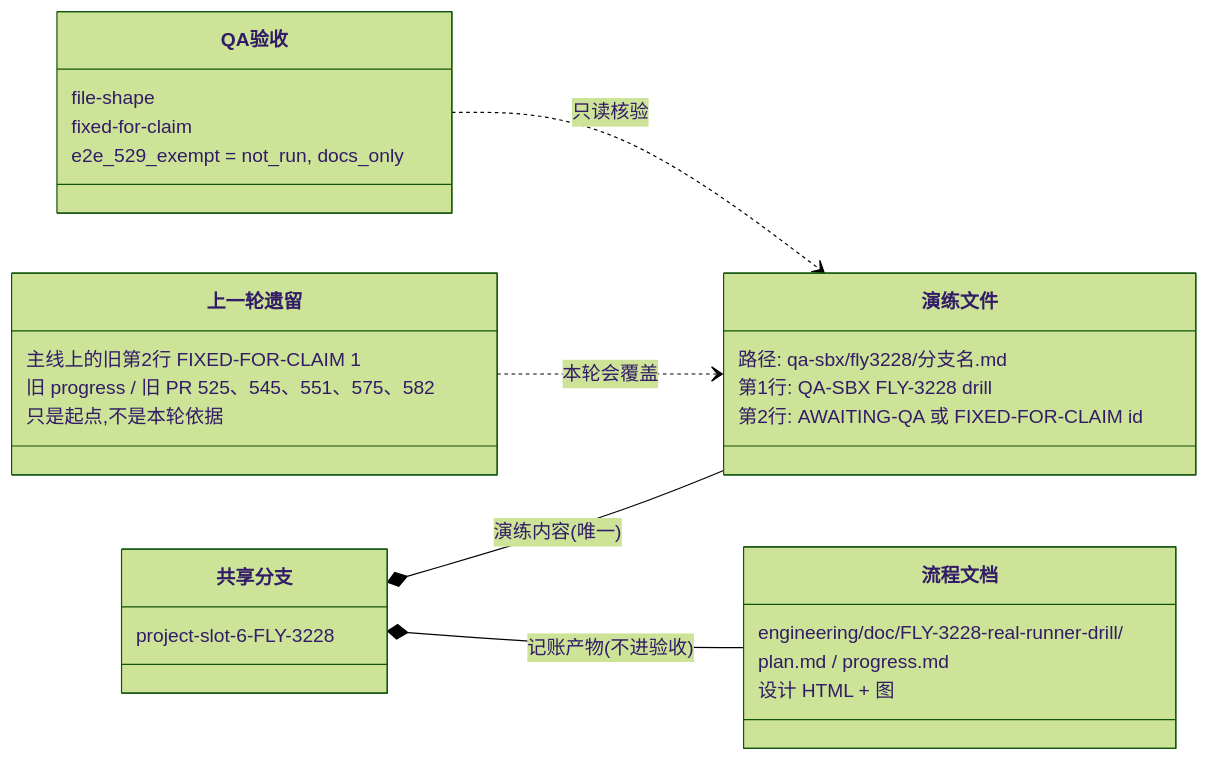
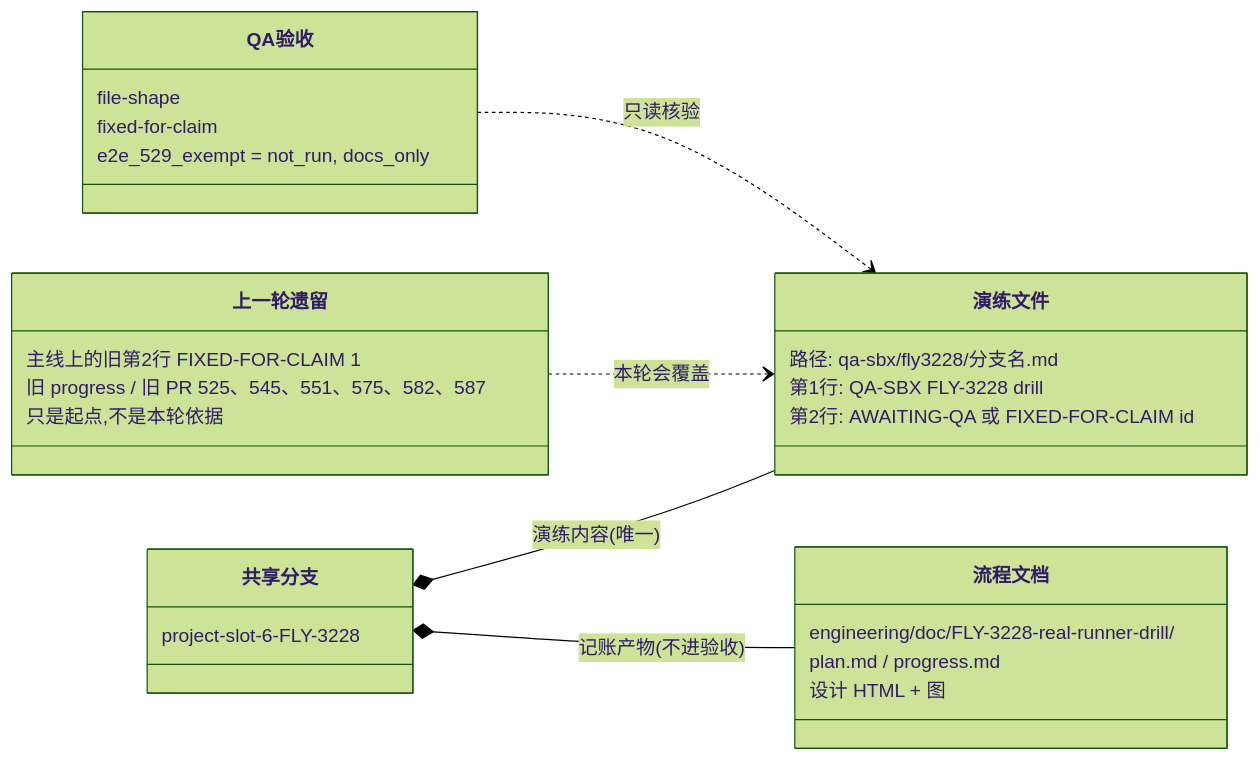
One commit to xrliAnnie/flywheel-qa-sandbox changed the diagram in engineering/doc/FLY-3228-real-runner-drill/d2-data-model.mmd. Above: the diagram before and after it, drawn with Mermaid (forest theme). The commit also changed 4 other files, not shown here.

```diff
--- a/engineering/doc/FLY-3228-real-runner-drill/d2-data-model.mmd
+++ b/engineering/doc/FLY-3228-real-runner-drill/d2-data-model.mmd
@@ -1,29 +1,29 @@
 classDiagram
     direction LR
     class 共享分支 {
         project-slot-6-FLY-3228
     }
     class 演练文件 {
         路径: qa-sbx/fly3228/分支名.md
         第1行: QA-SBX FLY-3228 drill
         第2行: AWAITING-QA 或 FIXED-FOR-CLAIM id
     }
     class 上一轮遗留 {
         主线上的旧第2行 FIXED-FOR-CLAIM 1
-        旧 progress / 旧 PR 525、545、551、575、582
+        旧 progress / 旧 PR 525、545、551、575、582、587
         只是起点,不是本轮依据
     }
     class 流程文档 {
         engineering/doc/FLY-3228-real-runner-drill/
         plan.md / progress.md
         设计 HTML + 图
     }
     class QA验收 {
         file-shape
         fixed-for-claim
         e2e_529_exempt = not_run, docs_only
     }
     共享分支 *-- 演练文件 : 演练内容(唯一)
     共享分支 *-- 流程文档 : 记账产物(不进验收)
     上一轮遗留 ..> 演练文件 : 本轮会覆盖
     QA验收 ..> 演练文件 : 只读核验
```
